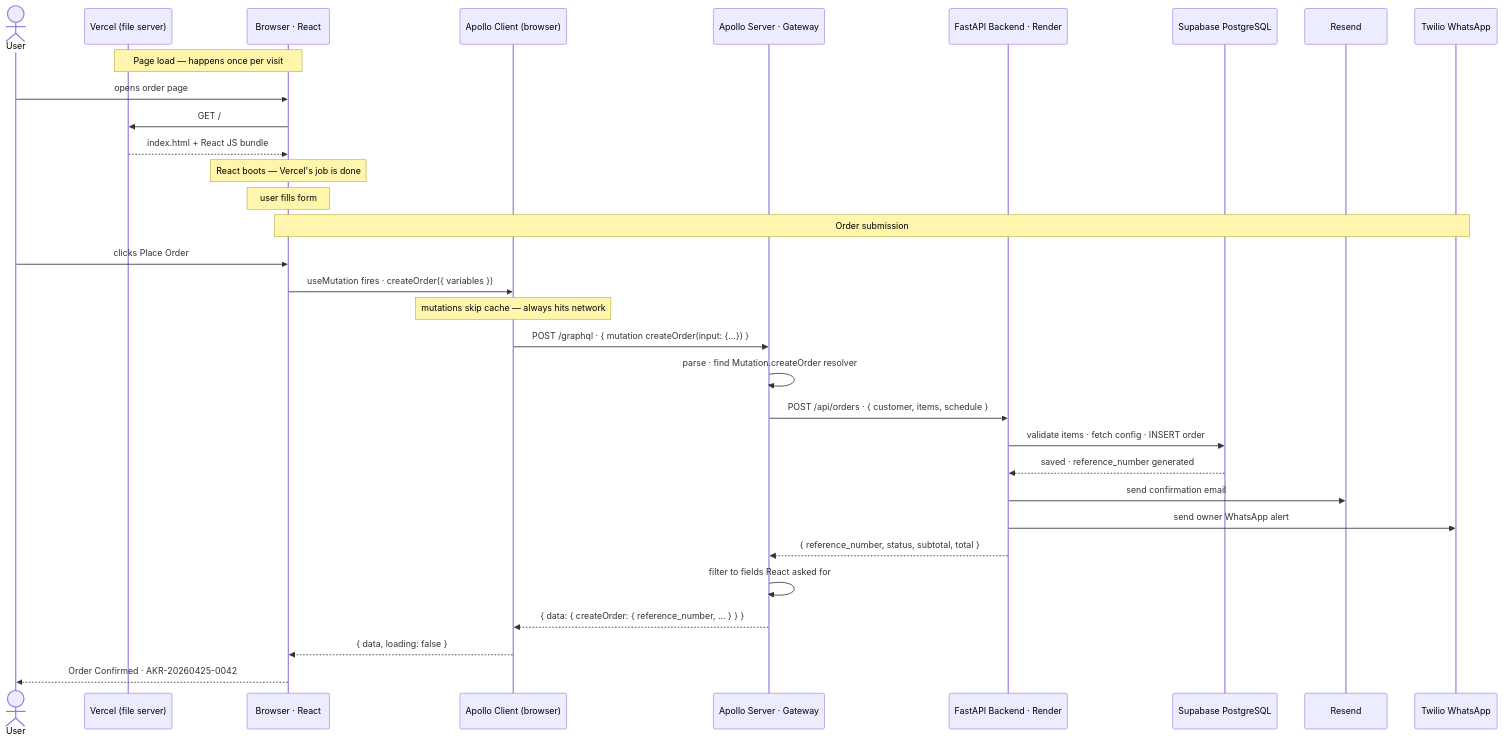
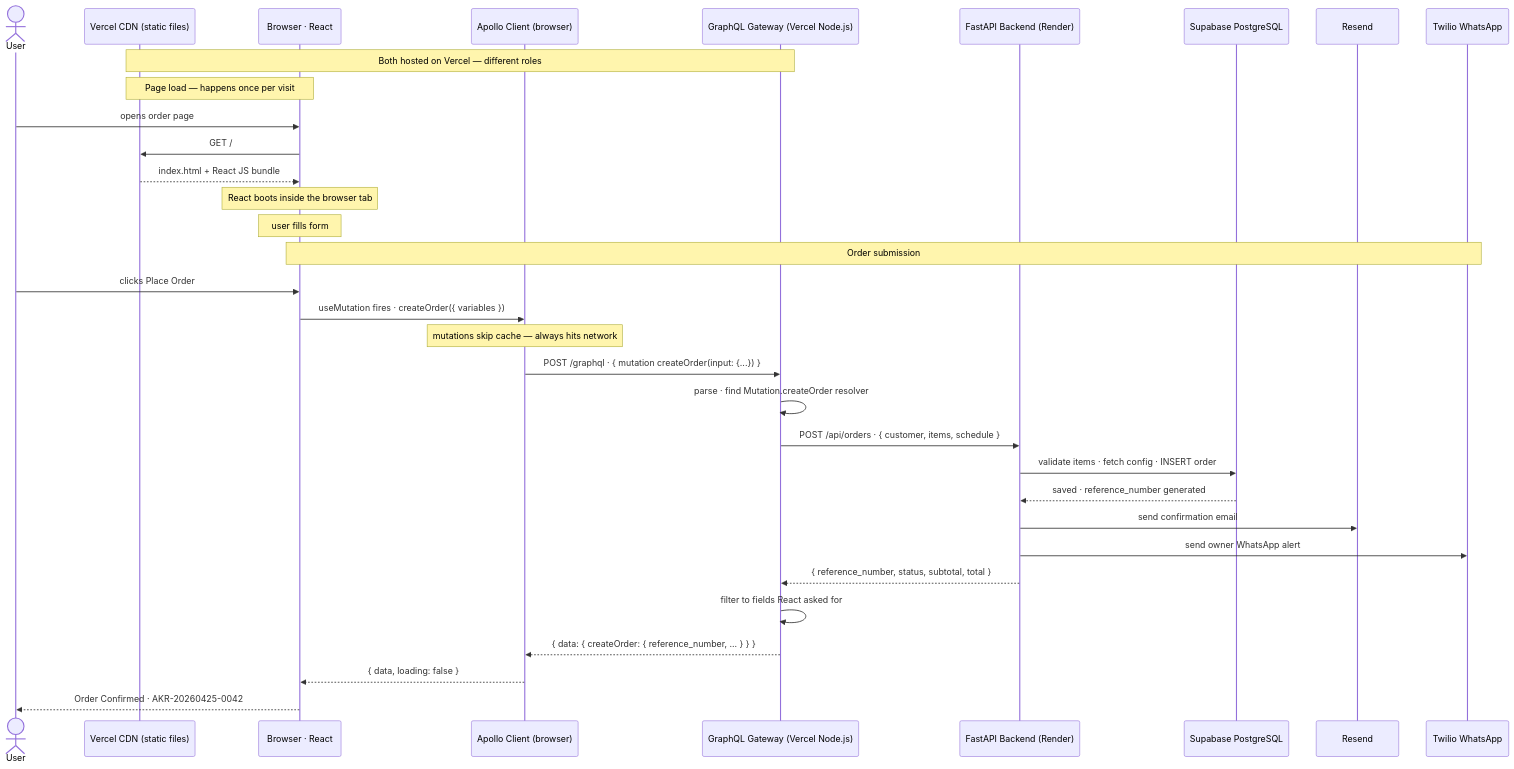
Before and after one commit to vikasparth/restaurant-main: the third of 3 diagrams in src/docs/engineering-practices/graphql-request-flow.md, drawn with Mermaid. The commit also changed other lines of this file, not shown here.

First line of the commit message:
fix: clarify Vercel hosts both CDN and gateway in request flow diagrams

````diff
--- a/src/docs/engineering-practices/graphql-request-flow.md
+++ b/src/docs/engineering-practices/graphql-request-flow.md
@@ -166,36 +170,38 @@
 ```mermaid
 sequenceDiagram
     actor User
-    participant Vercel as Vercel (file server)
+    participant VCDN as Vercel CDN (static files)
     participant B as Browser · React
     participant APC as Apollo Client (browser)
-    participant GW as Apollo Server · Gateway
-    participant BE as FastAPI Backend · Render
+    participant GW as GraphQL Gateway (Vercel Node.js)
+    participant BE as FastAPI Backend (Render)
     participant DB as Supabase PostgreSQL
     participant Email as Resend
     participant WA as Twilio WhatsApp
 
-    Note over Vercel,B: Page load — happens once per visit
+    Note over VCDN,GW: Both hosted on Vercel — different roles
+
+    Note over VCDN,B: Page load — happens once per visit
     User->>B: opens order page
-    B->>Vercel: GET /
-    Vercel-->>B: index.html + React JS bundle
-    Note over B: React boots — Vercel's job is done
+    B->>VCDN: GET /
+    VCDN-->>B: index.html + React JS bundle
+    Note over B: React boots inside the browser tab
     Note over B: user fills form
 
     Note over B,WA: Order submission
     User->>B: clicks Place Order
     B->>APC: useMutation fires · createOrder({ variables })
     Note over APC: mutations skip cache — always hits network
     APC->>GW: POST /graphql · { mutation createOrder(input: {...}) }
     GW->>GW: parse · find Mutation.createOrder resolver
     GW->>BE: POST /api/orders · { customer, items, schedule }
     BE->>DB: validate items · fetch config · INSERT order
     DB-->>BE: saved · reference_number generated
     BE->>Email: send confirmation email
     BE->>WA: send owner WhatsApp alert
     BE-->>GW: { reference_number, status, subtotal, total }
     GW->>GW: filter to fields React asked for
     GW-->>APC: { data: { createOrder: { reference_number, ... } } }
     APC-->>B: { data, loading: false }
     B-->>User: Order Confirmed · AKR-20260425-0042
 ```
````
